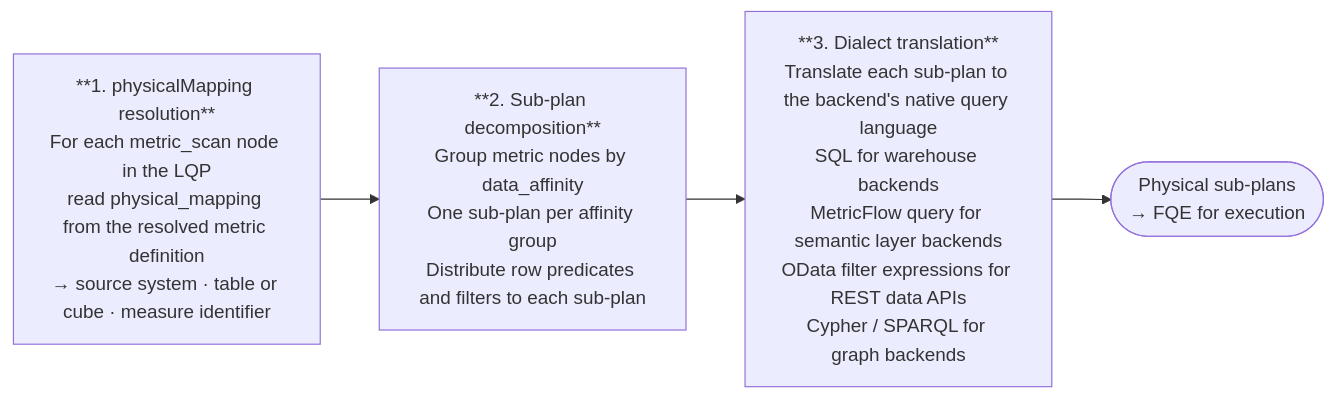
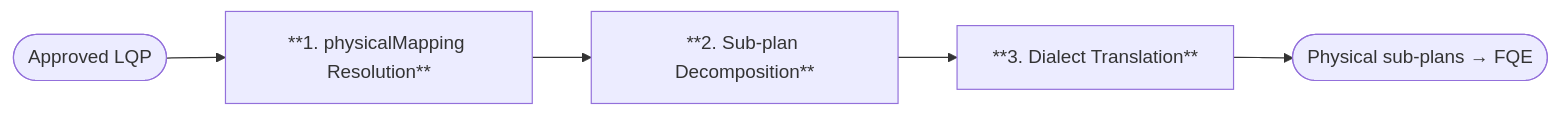
One commit to M-A-Operating-System/shared-work changed the seventh of 8 diagrams in docs/product/analytics/01-core-capabilities.md. Above: the diagram before and after it, drawn with Mermaid. The commit also changed other lines of this file, not shown here.

First line of the commit message:
Restructure PQP section: simplified mermaid, prose step descriptions

````diff
--- a/docs/product/analytics/01-core-capabilities.md
+++ b/docs/product/analytics/01-core-capabilities.md
@@ -832,9 +828,10 @@
 ```mermaid
 flowchart LR
-    S1["**1. physicalMapping resolution**\nFor each metric_scan node in the LQP\nread physical_mapping from the resolved metric definition\n→ source system · table or cube · measure identifier"]
-    S2["**2. Sub-plan decomposition**\nGroup metric nodes by data_affinity\nOne sub-plan per affinity group\nDistribute row predicates and filters to each sub-plan"]
-    S3["**3. Dialect translation**\nTranslate each sub-plan to the backend's native query language\nSQL for warehouse backends\nMetricFlow query for semantic layer backends\nOData filter expressions for REST data APIs\nCypher / SPARQL for graph backends"]
-    OUT(["Physical sub-plans\n→ FQE for execution"])
+    START(["Approved LQP"])
+    S1["**1. physicalMapping Resolution**"]
+    S2["**2. Sub-plan Decomposition**"]
+    S3["**3. Dialect Translation**"]
+    OUT(["Physical sub-plans → FQE"])
 
-    S1 --> S2 --> S3 --> OUT
+    START --> S1 --> S2 --> S3 --> OUT
 ```
````
